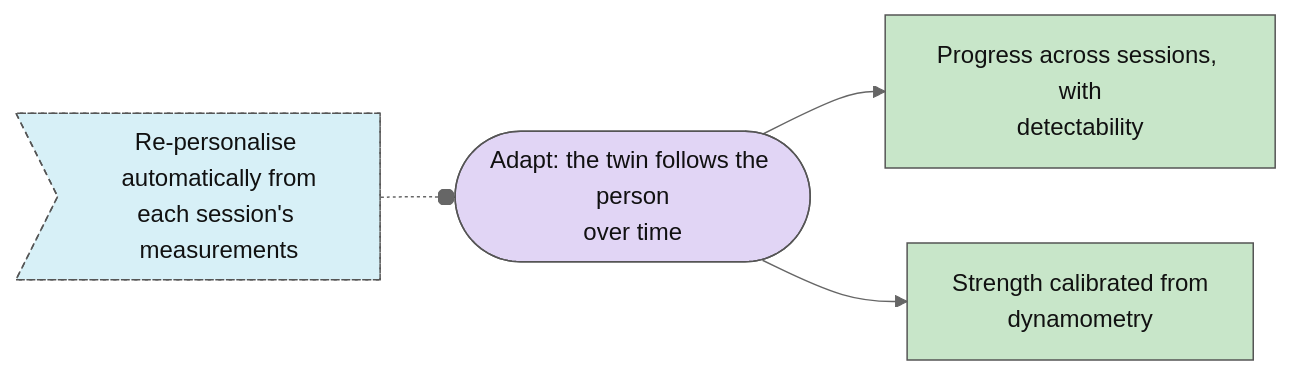
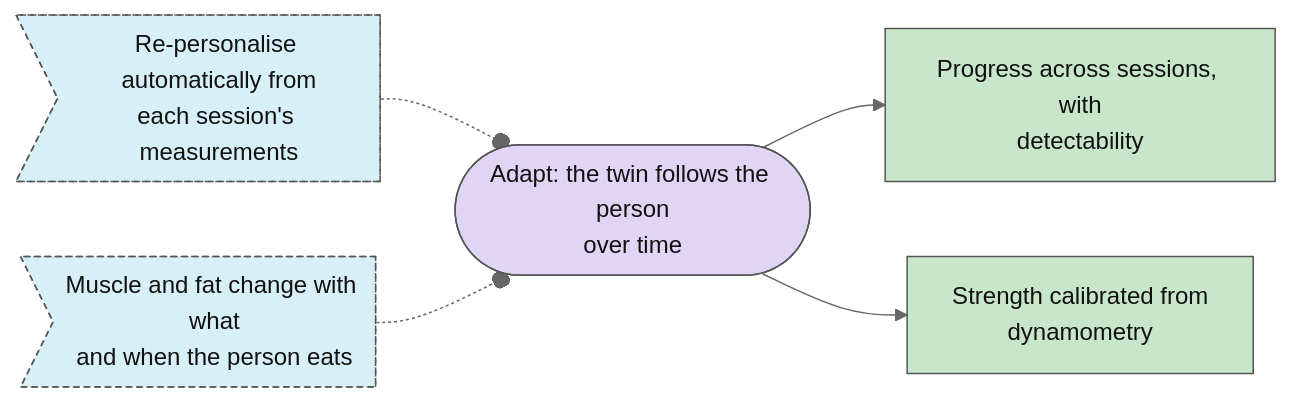
Before and after one commit to Sigurius23/Rehab-agent: the fifth of 7 diagrams in plan/MAP.md, drawn with Mermaid (neutral theme). The commit also changed other lines of this file and 12 other files, not shown here.

````diff
--- a/plan/MAP.md
+++ b/plan/MAP.md
@@ -233,29 +235,31 @@
 ```mermaid
 flowchart LR
   n0["Progress across sessions, with<br/>detectability"]:::step_done
   n1["Strength calibrated from<br/>dynamometry"]:::step_done
   n2>"Re-personalise automatically from<br/>each session's measurements"]:::idea_new
-  n3(["Adapt: the twin follows the person<br/>over time"]):::goal_open
-  n3 --> n0
-  n3 --> n1
-  n2 -.-o n3
+  n3>"Muscle and fat change with what<br/>and when the person eats"]:::idea_new
+  n4(["Adapt: the twin follows the person<br/>over time"]):::goal_open
+  n4 --> n0
+  n4 --> n1
+  n2 -.-o n4
+  n3 -.-o n4
   classDef goal_open fill:#e1d5f5,stroke:#555,color:#111
   classDef goal_done fill:#c8e6c9,stroke:#555,color:#111
   classDef step_open fill:#ffffff,stroke:#555,color:#111
   classDef step_doing fill:#fff3c4,stroke:#555,color:#111
   classDef step_done fill:#c8e6c9,stroke:#555,color:#111
   classDef step_blocked fill:#ffe0b2,stroke:#555,color:#111
   classDef step_dropped fill:#eeeeee,stroke:#555,color:#111
   classDef test_planned fill:#ffffff,stroke:#555,color:#111
   classDef test_running fill:#fff3c4,stroke:#555,color:#111
   classDef test_passed fill:#c8e6c9,stroke:#555,color:#111
   classDef test_failed fill:#ffcdd2,stroke:#555,color:#111
   classDef test_mixed fill:#fff3c4,stroke:#555,color:#111
   classDef test_dropped fill:#eeeeee,stroke:#555,color:#111
   classDef idea_new fill:#d7f0f7,stroke:#555,color:#111,stroke-dasharray: 4 3
   classDef idea_promoted fill:#eeeeee,stroke:#555,color:#111,stroke-dasharray: 4 3
   classDef idea_dropped fill:#eeeeee,stroke:#555,color:#111,stroke-dasharray: 4 3
   classDef decision_open fill:#ffe0b2,stroke:#555,color:#111
   classDef decision_decided fill:#ffe0b2,stroke:#555,color:#111
   classDef external fill:#f5f5f5,stroke:#aaa,color:#777,stroke-dasharray: 2 2
 ```
````
